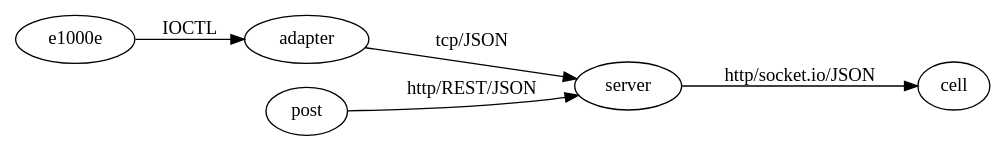
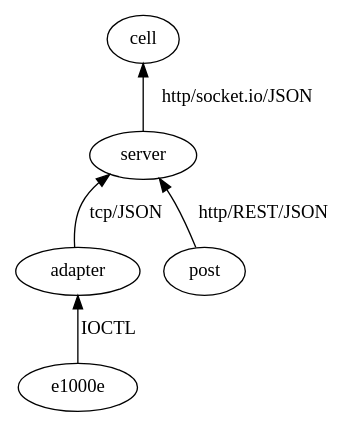
Before and after one commit to earthcomputing/bjackson-triangle-demo: the diagram in components.gv, drawn with Graphviz. The commit also changed 1 other file, not shown here.

```diff
--- a/components.gv
+++ b/components.gv
@@ -1,8 +1,8 @@
 digraph G {
-    rankdir=LR
+    rankdir=BT
 
     e1000e -> adapter [label="IOCTL"]
     adapter -> server [label="tcp/JSON"]
     server -> cell [label="http/socket.io/JSON"]
     post -> server [label="http/REST/JSON"]
 }
```
